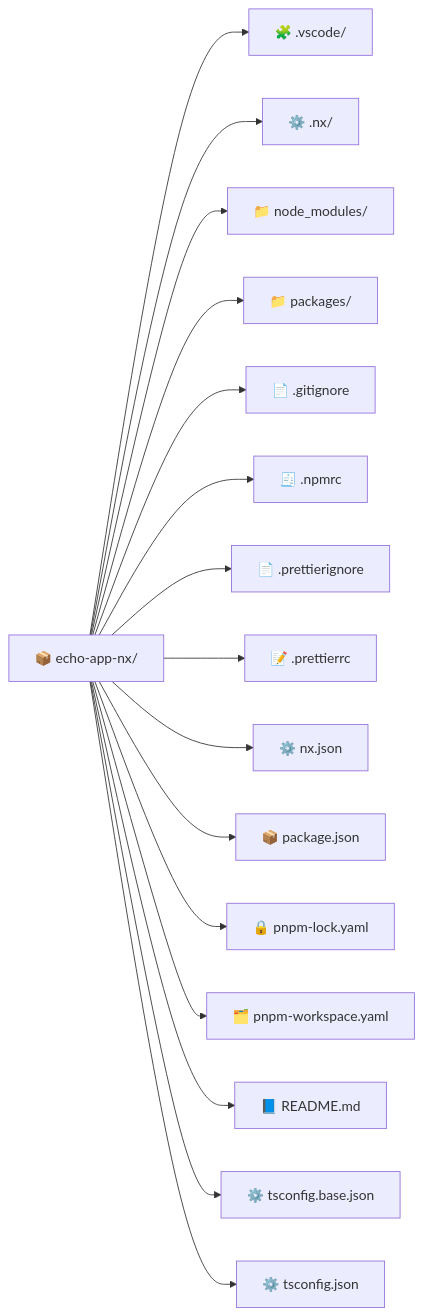
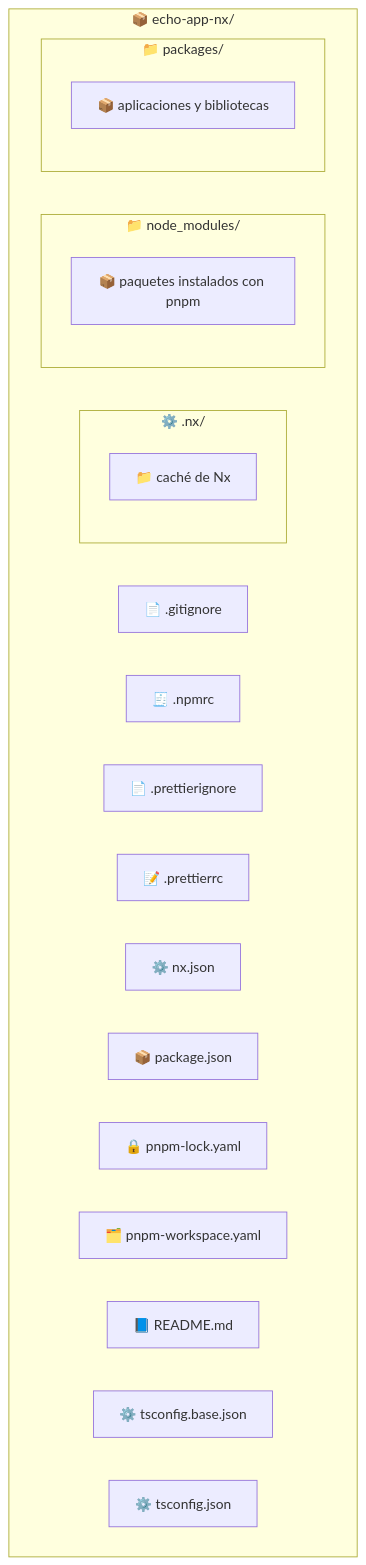
Before and after one commit to r8vnhill/dibs-docusaurus: the first of 2 diagrams in docs/build-systems/init/nx.mdx, drawn with Mermaid. The commit also changed other lines of this file and 4 other files, not shown here.

````diff
--- a/docs/build-systems/init/nx.mdx
+++ b/docs/build-systems/init/nx.mdx
@@ -200,21 +274,30 @@
 ```mermaid
 graph LR
-    root["📦 echo-app-nx/"]
+    subgraph Root ["📦 echo-app-nx/"]
+        direction LR
 
-    root --> vscode["🧩 .vscode/"]
-    root --> nxdir["⚙️ .nx/"]
-    root --> node_modules["📁 node_modules/"]
-    root --> packages["📁 packages/"]
-
-    root --> gitignore["📄 .gitignore"]
-    root --> npmrc["🧾 .npmrc"]
-    root --> prettierignore["📄 .prettierignore"]
-    root --> prettierrc["📝 .prettierrc"]
-    root --> nxjson["⚙️ nx.json"]
-    root --> packageJson["📦 package.json"]
-    root --> pnpmLock["🔒 pnpm-lock.yaml"]
-    root --> pnpmWorkspace["🗂️ pnpm-workspace.yaml"]
-    root --> readme["📘 README.md"]
-    root --> tsconfigBase["⚙️ tsconfig.base.json"]
-    root --> tsconfig["⚙️ tsconfig.json"]
+        gitignore["📄 .gitignore"]
+        npmrc["🧾 .npmrc"]
+        prettierignore["📄 .prettierignore"]
+        prettierrc["📝 .prettierrc"]
+        nxjson["⚙️ nx.json"]
+        packageJson["📦 package.json"]
+        pnpmLock["🔒 pnpm-lock.yaml"]
+        pnpmWorkspace["🗂️ pnpm-workspace.yaml"]
+        readme["📘 README.md"]
+        tsconfigBase["⚙️ tsconfig.base.json"]
+        tsconfig["⚙️ tsconfig.json"]
+        subgraph NxDir ["⚙️ .nx/"]
+            direction TB
+            nxdir["📁 caché de Nx"]
+        end
+        subgraph NodeModules ["📁 node_modules/"]
+            direction TB
+            node_modules["📦 paquetes instalados con pnpm"]
+        end
+        subgraph Packages ["📁 packages/"]
+            direction TB
+            packages["📦 aplicaciones y bibliotecas"]
+        end
+    end
 ```
````
